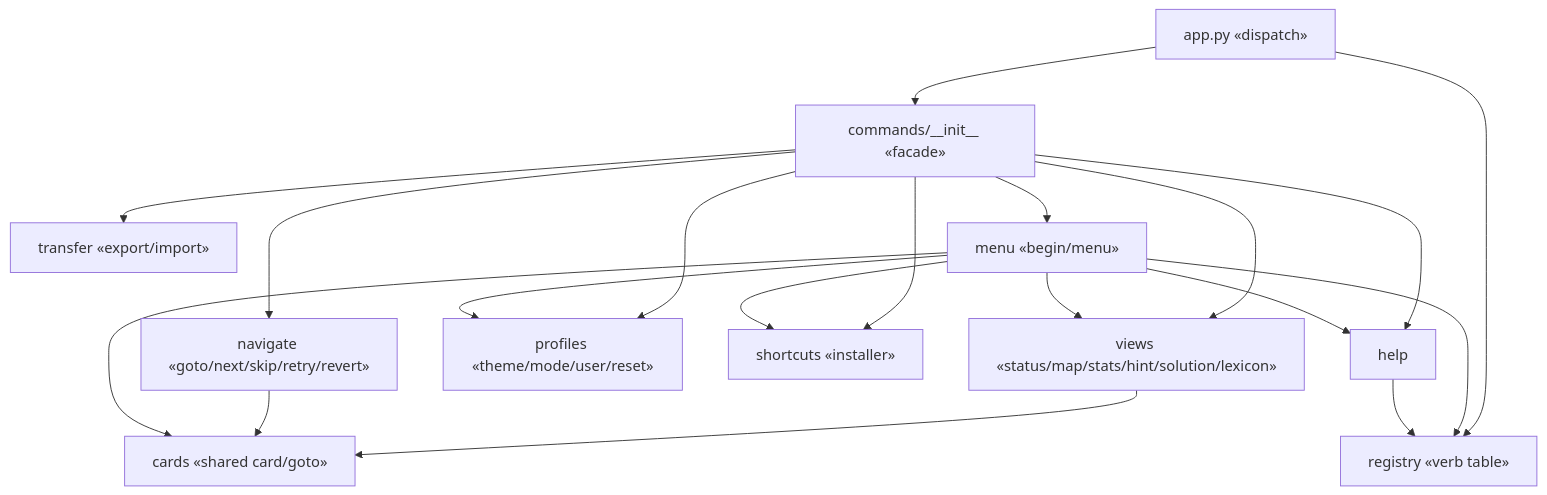
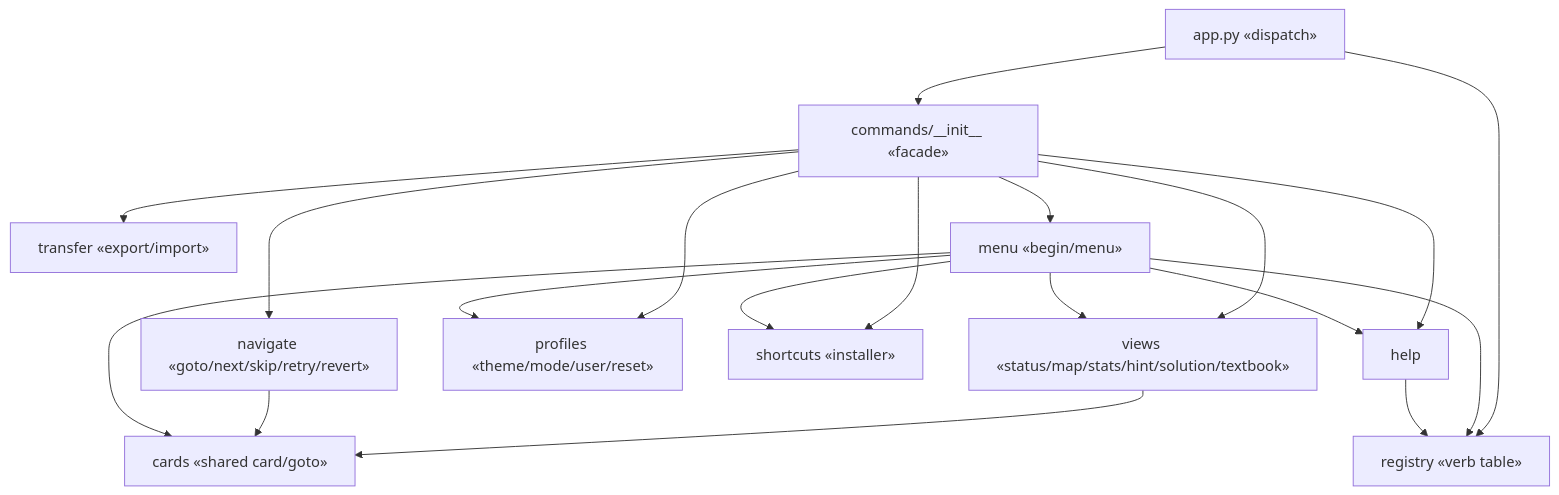
One commit to N041M/PyQuest changed the first of 4 diagrams in docs/architecture/commands.md. Above: the diagram before and after it, drawn with Mermaid. The commit also changed other lines of this file and 13 other files, not shown here.

Commit message:
Rename lexicon to textbook; drop puzzle ids for a textbook-style reference

````diff
--- a/docs/architecture/commands.md
+++ b/docs/architecture/commands.md
@@ -8,21 +8,21 @@
 ```mermaid
 flowchart TB
     app["app.py «dispatch»"] --> registry["registry «verb table»"]
     app --> init["commands/__init__ «facade»"]
-    init --> views["views «status/map/stats/hint/solution/lexicon»"]
+    init --> views["views «status/map/stats/hint/solution/textbook»"]
     init --> nav["navigate «goto/next/skip/retry/revert»"]
     init --> profiles["profiles «theme/mode/user/reset»"]
     init --> transfer["transfer «export/import»"]
     init --> shortcuts["shortcuts «installer»"]
     init --> menu["menu «begin/menu»"]
     init --> help["help"]
     views --> cards["cards «shared card/goto»"]
     nav --> cards
     menu --> cards
     menu --> profiles
     menu --> shortcuts
     menu --> views
     menu --> help
     menu --> registry
     help --> registry
 ```
````
